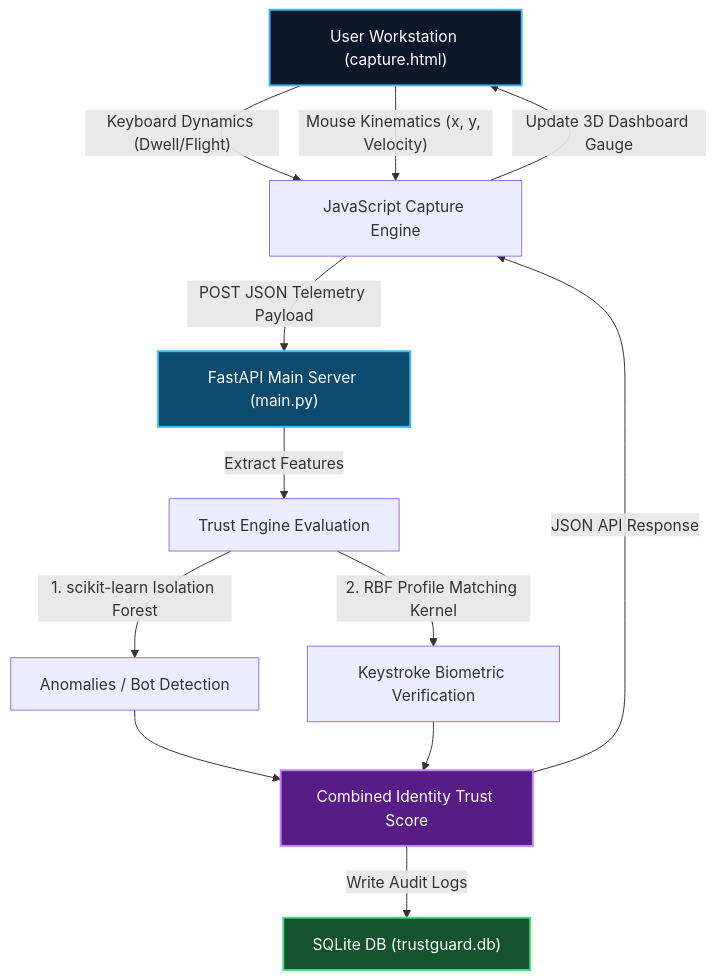
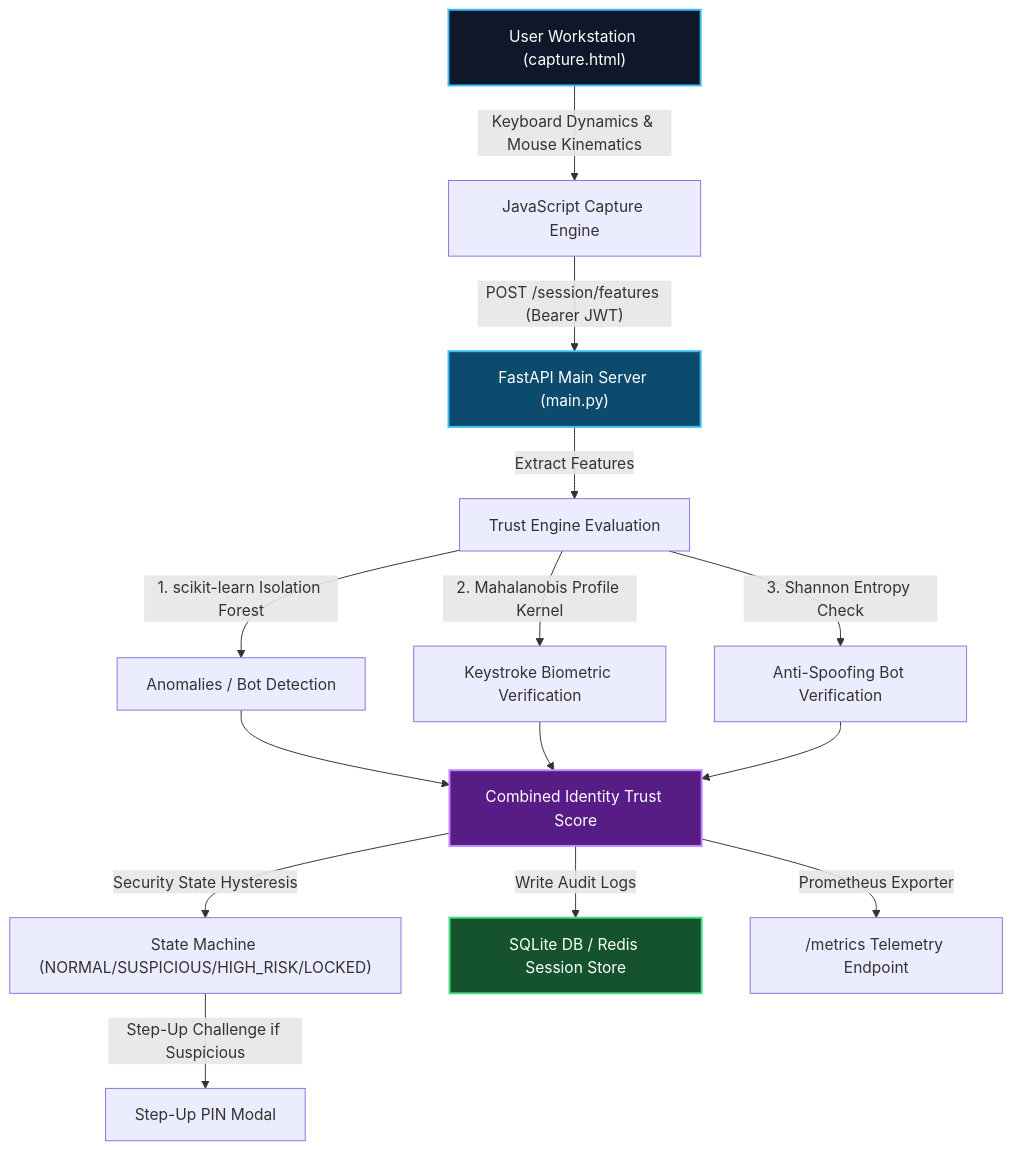
Before and after one commit to sandeepannamalai2007-creator/TrustGuardAI: the diagram in README.md, drawn with Mermaid. The commit also changed other lines of this file and 32 other files, not shown here.

````diff
--- a/README.md
+++ b/README.md
@@ -16,19 +19,21 @@
 ```mermaid
 graph TD
-    A["User Workstation (capture.html)"] -->|"Keyboard Dynamics (Dwell/Flight)"| B["JavaScript Capture Engine"]
-    A -->|"Mouse Kinematics (x, y, Velocity)"| B
-    B -->|"POST JSON Telemetry Payload"| C["FastAPI Main Server (main.py)"]
+    A["User Workstation (capture.html)"] -->|"Keyboard Dynamics & Mouse Kinematics"| B["JavaScript Capture Engine"]
+    B -->|"POST /session/features (Bearer JWT)"| C["FastAPI Main Server (main.py)"]
     C -->|"Extract Features"| D["Trust Engine Evaluation"]
     D -->|"1. scikit-learn Isolation Forest"| E["Anomalies / Bot Detection"]
-    D -->|"2. RBF Profile Matching Kernel"| F["Keystroke Biometric Verification"]
-    E --> G["Combined Identity Trust Score"]
-    F --> G
-    G -->|"Write Audit Logs"| H["SQLite DB (trustguard.db)"]
-    G -->|"JSON API Response"| B
-    B -->|"Update 3D Dashboard Gauge"| A
+    D -->|"2. Mahalanobis Profile Kernel"| F["Keystroke Biometric Verification"]
+    D -->|"3. Shannon Entropy Check"| G["Anti-Spoofing Bot Verification"]
+    E --> H["Combined Identity Trust Score"]
+    F --> H
+    G --> H
+    H -->|"Security State Hysteresis"| I["State Machine (NORMAL/SUSPICIOUS/HIGH_RISK/LOCKED)"]
+    I -->|"Step-Up Challenge if Suspicious"| J["Step-Up PIN Modal"]
+    H -->|"Write Audit Logs"| K["SQLite DB / Redis Session Store"]
+    H -->|"Prometheus Exporter"| L["/metrics Telemetry Endpoint"]
     
     style A fill:#0f172a,stroke:#38bdf8,stroke-width:2px,color:#fff
     style C fill:#0c4a6e,stroke:#38bdf8,stroke-width:2px,color:#fff
-    style G fill:#581c87,stroke:#c084fc,stroke-width:2px,color:#fff
-    style H fill:#14532d,stroke:#4ade80,stroke-width:2px,color:#fff
+    style H fill:#581c87,stroke:#c084fc,stroke-width:2px,color:#fff
+    style K fill:#14532d,stroke:#4ade80,stroke-width:2px,color:#fff
 ```
````
